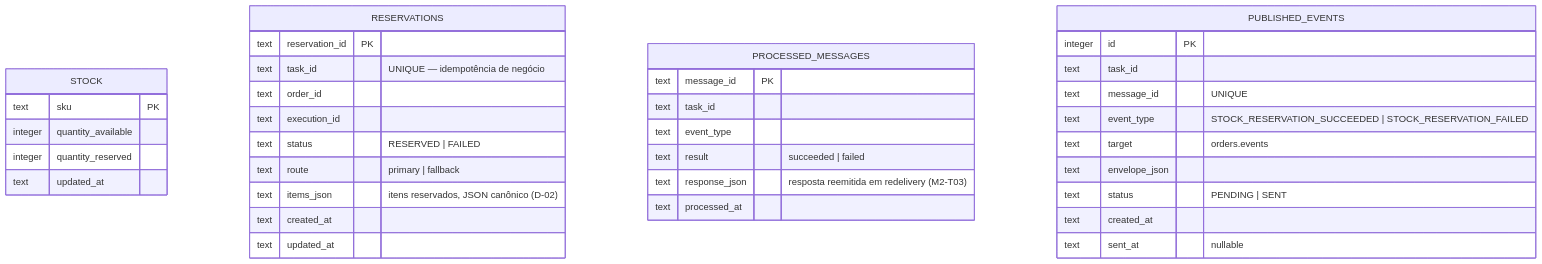
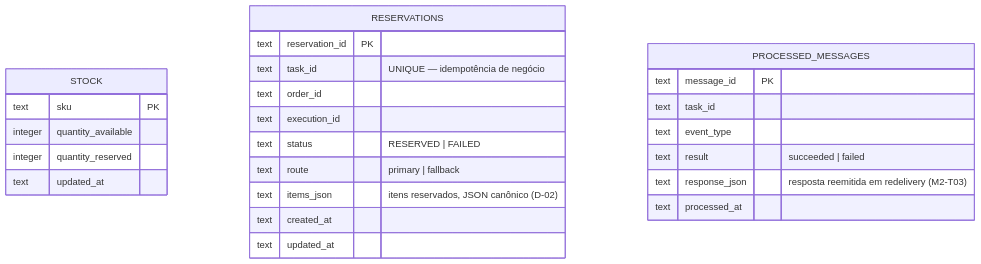
The second of 3 diagrams in docs/08-modelo-de-dados-mer.md (jorrevicz/rule2llm-orch-lab), drawn with Mermaid before and after one commit. The commit also changed other lines of this file and 3 other files, not shown here.

````diff
--- a/docs/08-modelo-de-dados-mer.md
+++ b/docs/08-modelo-de-dados-mer.md
@@ -189,42 +176,30 @@
 ```mermaid
 erDiagram
     STOCK {
         text sku PK
         integer quantity_available
         integer quantity_reserved
         text updated_at
     }
 
     RESERVATIONS {
         text reservation_id PK
         text task_id "UNIQUE — idempotência de negócio"
         text order_id
         text execution_id
         text status "RESERVED | FAILED"
         text route "primary | fallback"
         text items_json "itens reservados, JSON canônico (D-02)"
         text created_at
         text updated_at
     }
 
     PROCESSED_MESSAGES {
         text message_id PK
         text task_id
         text event_type
         text result "succeeded | failed"
         text response_json "resposta reemitida em redelivery (M2-T03)"
         text processed_at
     }
-
-    PUBLISHED_EVENTS {
-        integer id PK
-        text task_id
-        text message_id "UNIQUE"
-        text event_type "STOCK_RESERVATION_SUCCEEDED | STOCK_RESERVATION_FAILED"
-        text target "orders.events"
-        text envelope_json
-        text status "PENDING | SENT"
-        text created_at
-        text sent_at "nullable"
-    }
 ```
````
